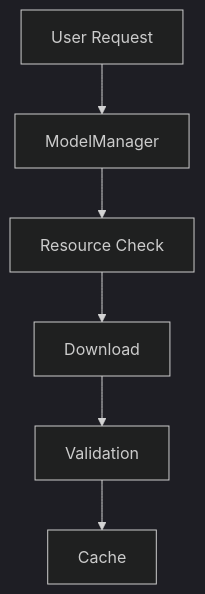
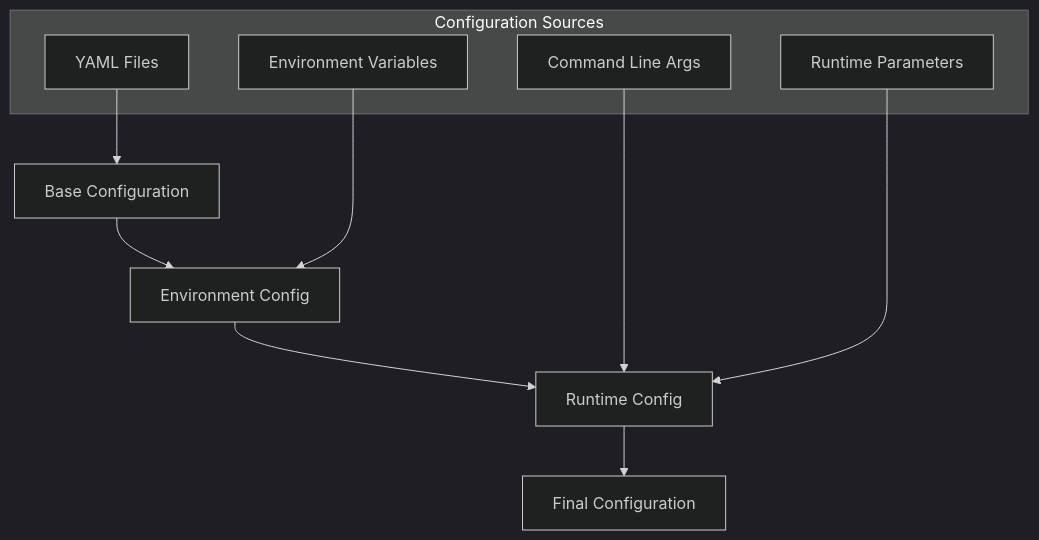
The third of 13 diagrams in docs/Architecture.md (zachshallbetter/LlamaHome), drawn with Mermaid (dark theme) before and after one commit. The commit also changed other lines of this file and 51 other files, not shown here.

````diff
--- a/docs/Architecture.md
+++ b/docs/Architecture.md
@@ -106,8 +99,18 @@
 ```mermaid
-graph TD
-    A[User Request] --> B[ModelManager]
-    B --> C[Resource Check]
-    C --> D[Download]
-    D --> E[Validation]
-    E --> F[Cache]
+graph TB
+    BaseConfig[Base Configuration] --> EnvConfig[Environment Config]
+    EnvConfig --> RuntimeConfig[Runtime Config]
+    RuntimeConfig --> FinalConfig[Final Configuration]
+    
+    subgraph Configuration Sources
+        YAML[YAML Files]
+        ENV[Environment Variables]
+        CLI[Command Line Args]
+        Runtime[Runtime Parameters]
+    end
+    
+    YAML --> BaseConfig
+    ENV --> EnvConfig
+    CLI --> RuntimeConfig
+    Runtime --> RuntimeConfig
 ```
````
